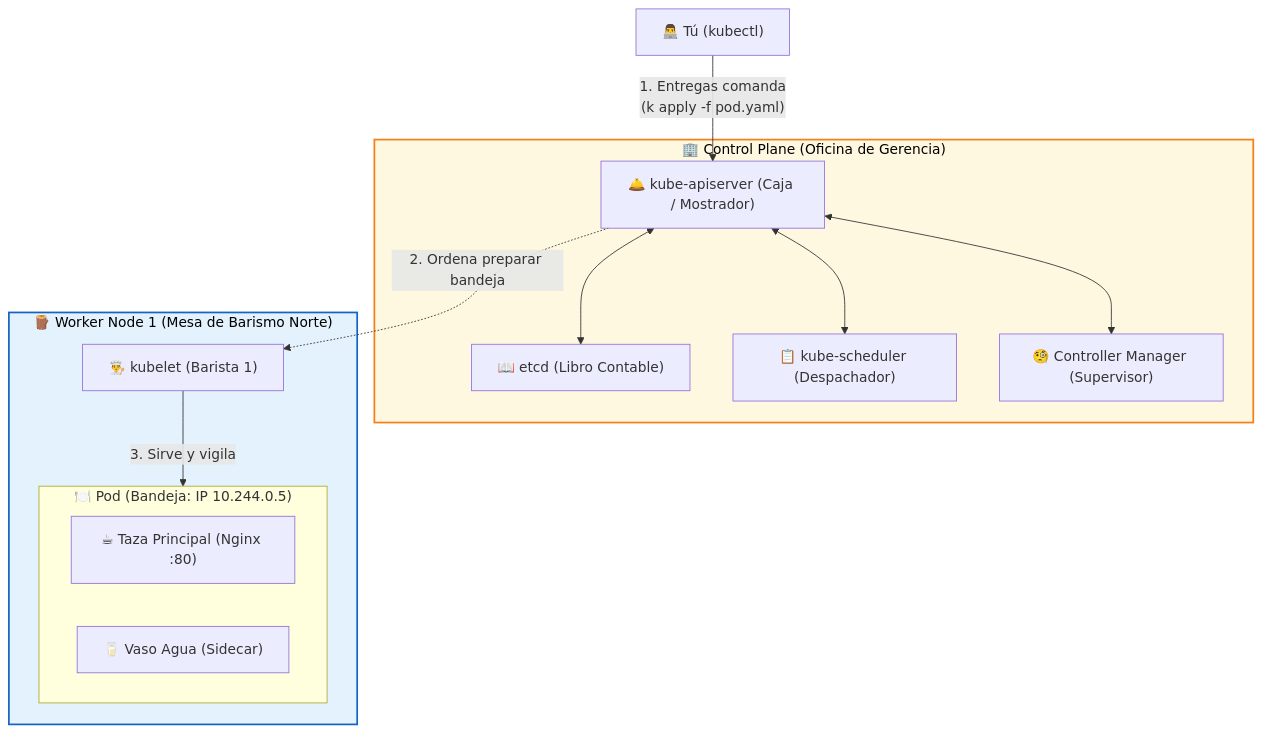
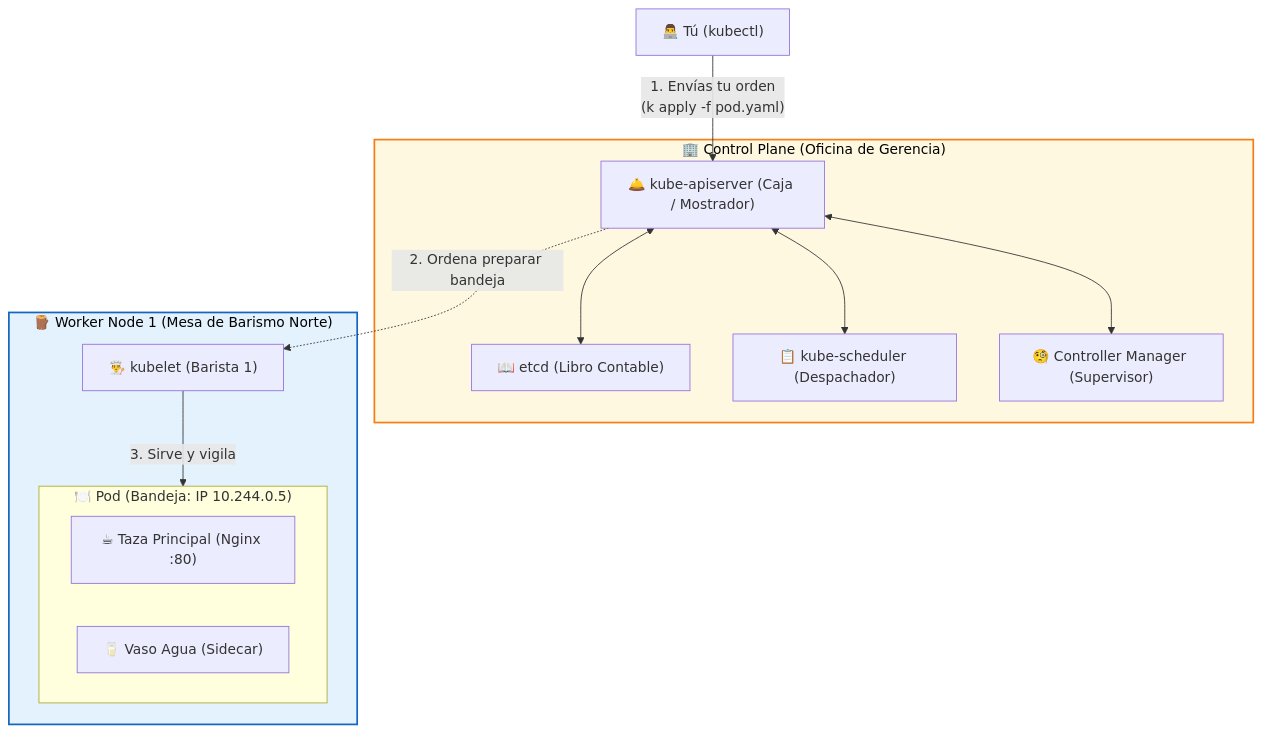
The diagram in semana-01-arquitectura/README.md (Camilogigom/Fundamentos-Kubernetes), drawn with Mermaid before and after one commit. The commit also changed other lines of this file, not shown here.

Commit message:
docs(semana-01): clarificar redaccion en retos rotos cambiando termino de comanda a pedido/orden

````diff
--- a/semana-01-arquitectura/README.md
+++ b/semana-01-arquitectura/README.md
@@ -33,29 +33,29 @@
 ```mermaid
 flowchart TD
-    U["👨‍💻 Tú (kubectl)"] -->|"1. Entregas comanda\n(k apply -f pod.yaml)"| APIServer
+    U["👨‍💻 Tú (kubectl)"] -->|"1. Envías tu orden\n(k apply -f pod.yaml)"| APIServer
 
     subgraph Gerencia["🏢 Control Plane (Oficina de Gerencia)"]
         APIServer["🛎️ kube-apiserver (Caja / Mostrador)"]
         ETCD["📖 etcd (Libro Contable)"]
         Scheduler["📋 kube-scheduler (Despachador)"]
         Controller["🧐 Controller Manager (Supervisor)"]
 
         APIServer <--> ETCD
         APIServer <--> Scheduler
         APIServer <--> Controller
     end
 
     subgraph Mesa1["🪵 Worker Node 1 (Mesa de Barismo Norte)"]
         Kubelet1["👨‍🍳 kubelet (Barista 1)"]
         subgraph PodA["🍽️ Pod (Bandeja: IP 10.244.0.5)"]
             TazaA["☕ Taza Principal (Nginx :80)"]
             AguaA["🥛 Vaso Agua (Sidecar)"]
         end
     end
 
     APIServer -.->|"2. Ordena preparar bandeja"| Kubelet1
     Kubelet1 -->|"3. Sirve y vigila"| PodA
 
     style Gerencia fill:#fff8e1,stroke:#f57f17,stroke-width:2px,color:#000
     style Mesa1 fill:#e3f2fd,stroke:#1565c0,stroke-width:2px,color:#000
 ```
````
